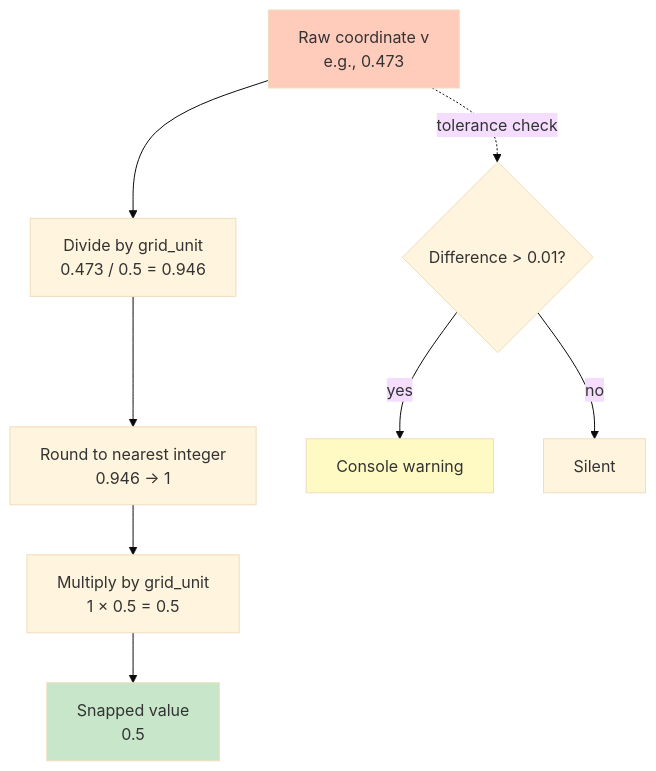
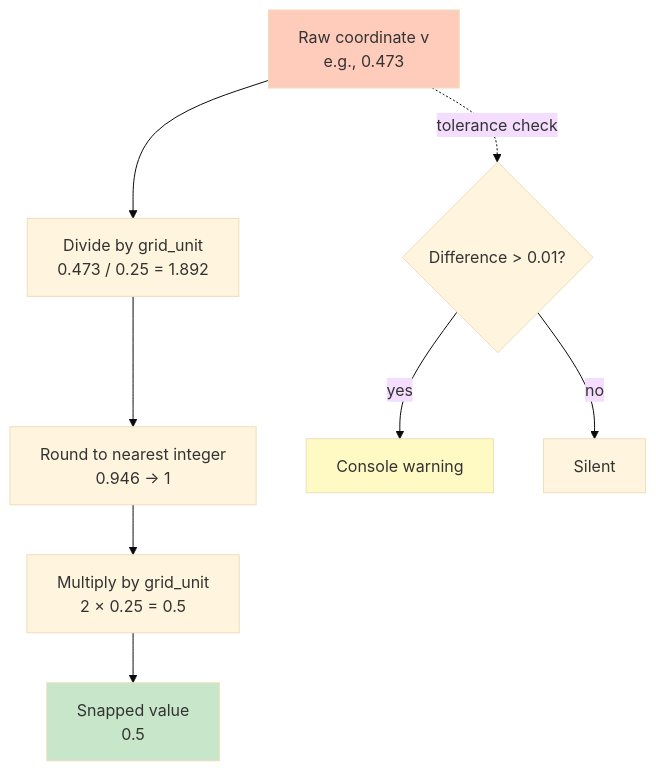
Before and after one commit to hiroxpepe/briko: diagram 15 of 39 in docs/briko_spec.md, drawn with Mermaid (base theme). The commit also changed other lines of this file and 2 other files, not shown here.

Commit message:
docs: Update the grid unit and file names to match the code

````diff
--- a/docs/briko_spec.md
+++ b/docs/briko_spec.md
@@ -475,16 +475,16 @@
 ```mermaid
 flowchart TB
     Input["Raw coordinate v<br/>e.g., 0.473"]
-    Input --> Div["Divide by grid_unit<br/>0.473 / 0.5 = 0.946"]
+    Input --> Div["Divide by grid_unit<br/>0.473 / 0.25 = 1.892"]
     Div --> Round["Round to nearest integer<br/>0.946 → 1"]
-    Round --> Mul["Multiply by grid_unit<br/>1 × 0.5 = 0.5"]
+    Round --> Mul["Multiply by grid_unit<br/>2 × 0.25 = 0.5"]
     Mul --> Output["Snapped value<br/>0.5"]
 
     Input -.tolerance check.-> Warn{Difference > 0.01?}
     Warn -->|yes| Log[Console warning]
     Warn -->|no| Skip[Silent]
 
     style Input fill:#ffccbc
     style Output fill:#c8e6c9
     style Log fill:#fff9c4
 ```
````
